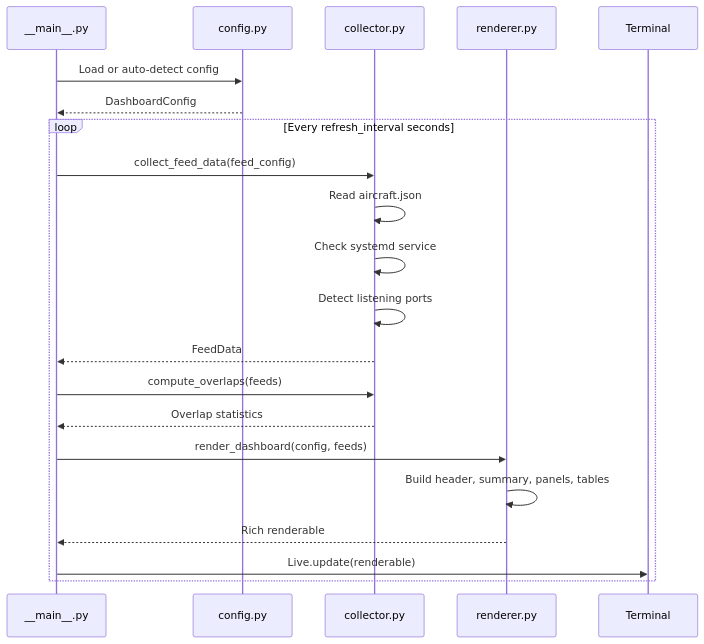
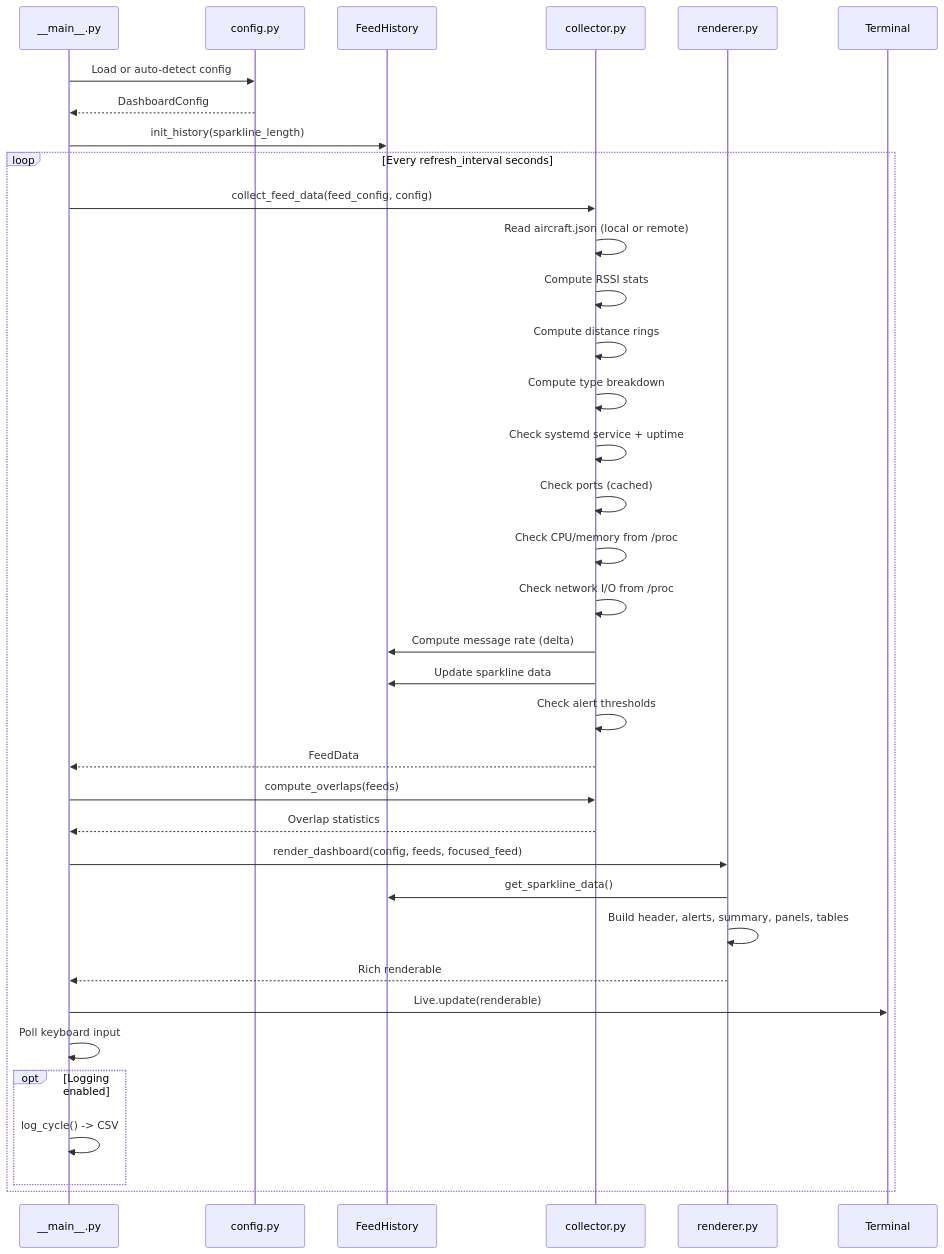
Before and after one commit to disappointingsupernova/readsb-feed-dashboard: the second of 4 diagrams in docs/architecture.md, drawn with Mermaid. The commit also changed other lines of this file and 3 other files, not shown here.

Commit message:
docs: update documentation for v2.0.0 features including keyboard controls, themes, export, watchdog, and logging

````diff
--- a/docs/architecture.md
+++ b/docs/architecture.md
@@ -28,28 +36,43 @@
 ```mermaid
 sequenceDiagram
     participant Main as __main__.py
     participant Config as config.py
+    participant History as FeedHistory
     participant Collector as collector.py
     participant Renderer as renderer.py
     participant Term as Terminal
 
     Main->>Config: Load or auto-detect config
     Config-->>Main: DashboardConfig
+    Main->>History: init_history(sparkline_length)
 
     loop Every refresh_interval seconds
-        Main->>Collector: collect_feed_data(feed_config)
-        Collector->>Collector: Read aircraft.json
-        Collector->>Collector: Check systemd service
-        Collector->>Collector: Detect listening ports
+        Main->>Collector: collect_feed_data(feed_config, config)
+        Collector->>Collector: Read aircraft.json (local or remote)
+        Collector->>Collector: Compute RSSI stats
+        Collector->>Collector: Compute distance rings
+        Collector->>Collector: Compute type breakdown
+        Collector->>Collector: Check systemd service + uptime
+        Collector->>Collector: Check ports (cached)
+        Collector->>Collector: Check CPU/memory from /proc
+        Collector->>Collector: Check network I/O from /proc
+        Collector->>History: Compute message rate (delta)
+        Collector->>History: Update sparkline data
+        Collector->>Collector: Check alert thresholds
         Collector-->>Main: FeedData
 
         Main->>Collector: compute_overlaps(feeds)
         Collector-->>Main: Overlap statistics
 
-        Main->>Renderer: render_dashboard(config, feeds)
-        Renderer->>Renderer: Build header, summary, panels, tables
+        Main->>Renderer: render_dashboard(config, feeds, focused_feed)
+        Renderer->>History: get_sparkline_data()
+        Renderer->>Renderer: Build header, alerts, summary, panels, tables
         Renderer-->>Main: Rich renderable
 
         Main->>Term: Live.update(renderable)
+        Main->>Main: Poll keyboard input
+        opt Logging enabled
+            Main->>Main: log_cycle() -> CSV
+        end
     end
 ```
````
